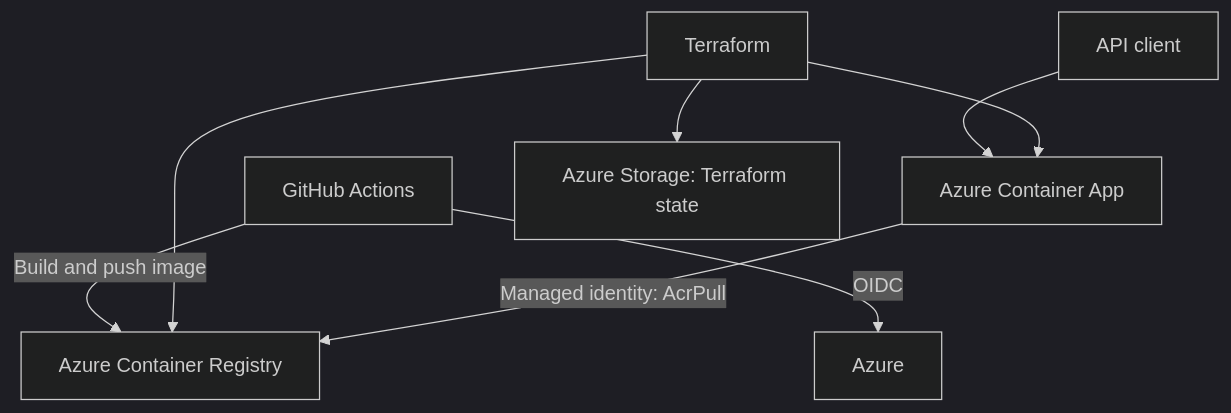
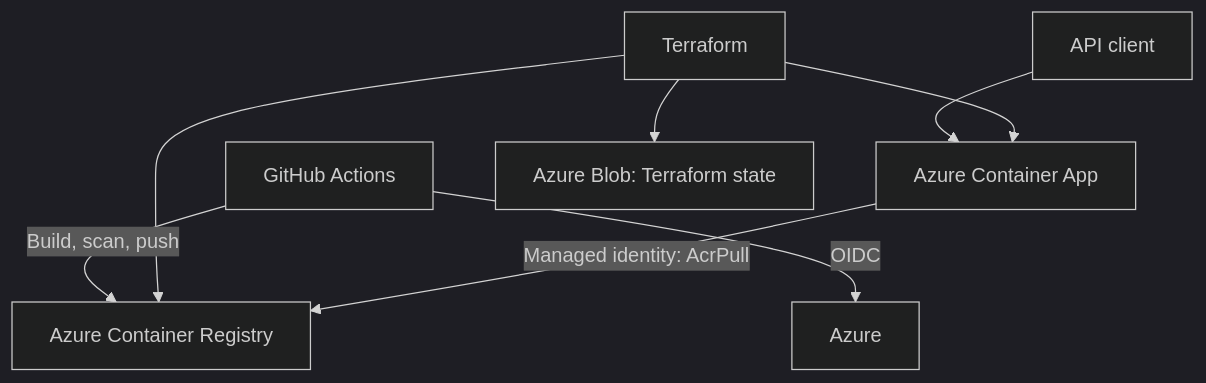
The diagram in README.md (itsmearunalotla/kfc-field-support-poc), drawn with Mermaid (dark theme) before and after one commit. The commit also changed other lines of this file, not shown here.

````diff
--- a/README.md
+++ b/README.md
@@ -9,10 +9,10 @@
 ```mermaid
 flowchart TD
   client["API client"] --> app["Azure Container App"]
   actions["GitHub Actions"] -->|"OIDC"| azure["Azure"]
-  actions -->|"Build and push image"| acr["Azure Container Registry"]
+  actions -->|"Build, scan, push"| acr["Azure Container Registry"]
   terraform["Terraform"] --> app
   terraform --> acr
-  terraform --> state["Azure Storage: Terraform state"]
+  terraform --> state["Azure Blob: Terraform state"]
   app -->|"Managed identity: AcrPull"| acr
 ```
````
